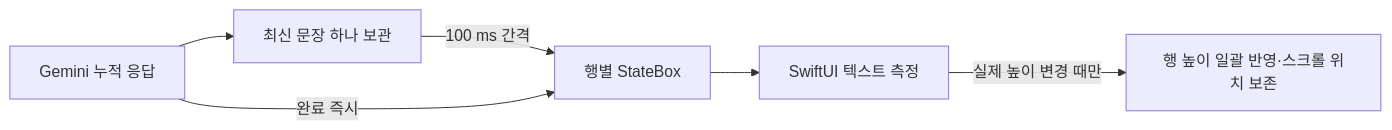
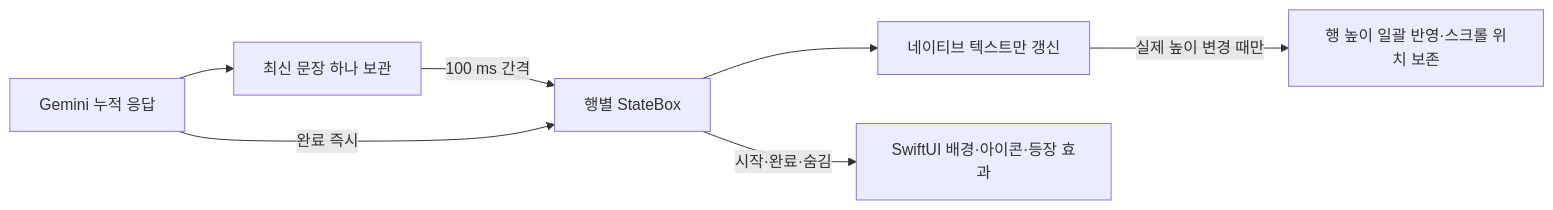
Before and after one commit to nooker-app/nook: the diagram in docs/perf/live-updates.md, drawn with Mermaid. The commit also changed other lines of this file and 5 other files, not shown here.

````diff
--- a/docs/perf/live-updates.md
+++ b/docs/perf/live-updates.md
@@ -14,8 +14,9 @@
 ```mermaid
 flowchart LR
     A[Gemini 누적 응답] --> B[최신 문장 하나 보관]
     B -->|100 ms 간격| C[행별 StateBox]
     A -->|완료 즉시| C
-    C --> D[SwiftUI 텍스트 측정]
+    C --> D[네이티브 텍스트만 갱신]
+    C -->|시작·완료·숨김| F[SwiftUI 배경·아이콘·등장 효과]
     D -->|실제 높이 변경 때만| E[행 높이 일괄 반영·스크롤 위치 보존]
 ```
````
